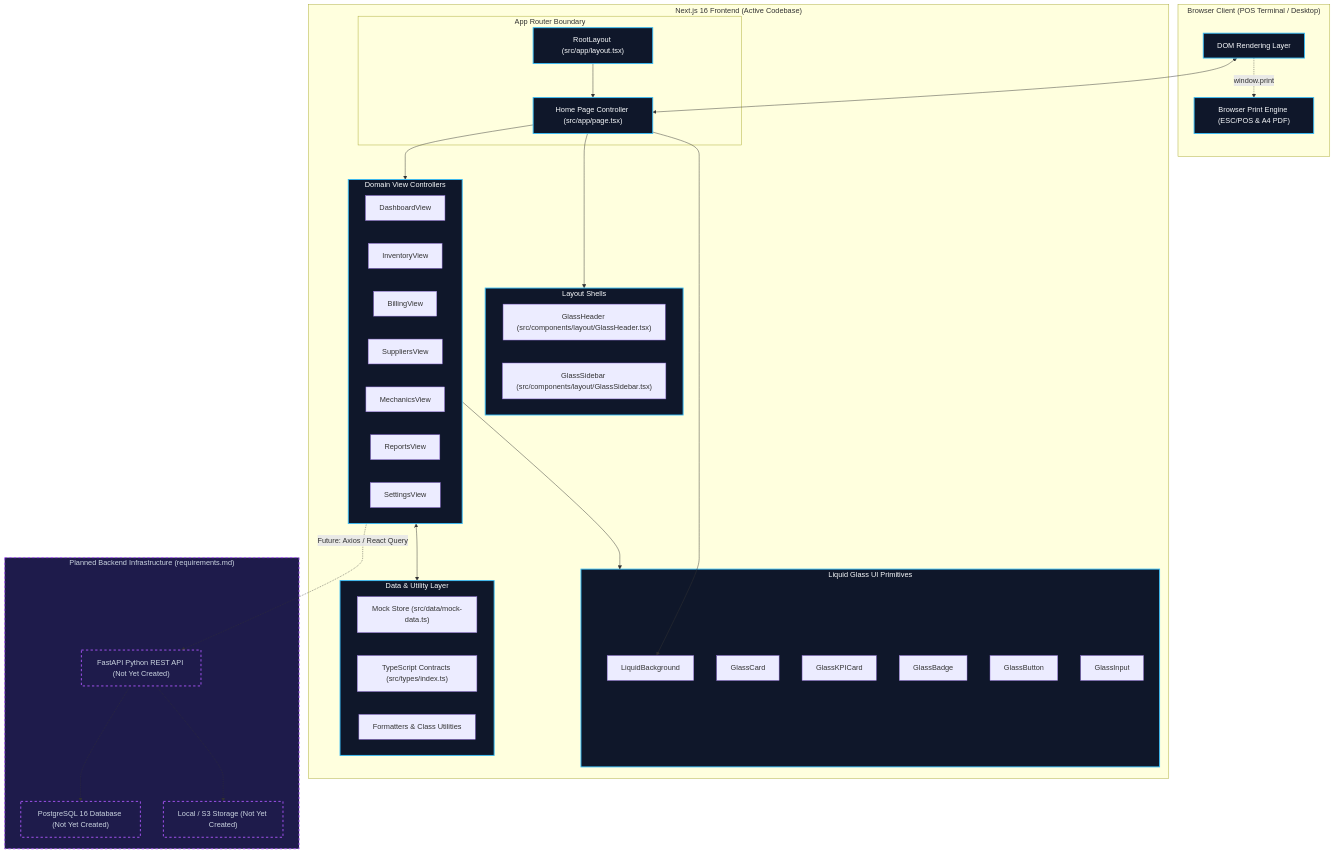
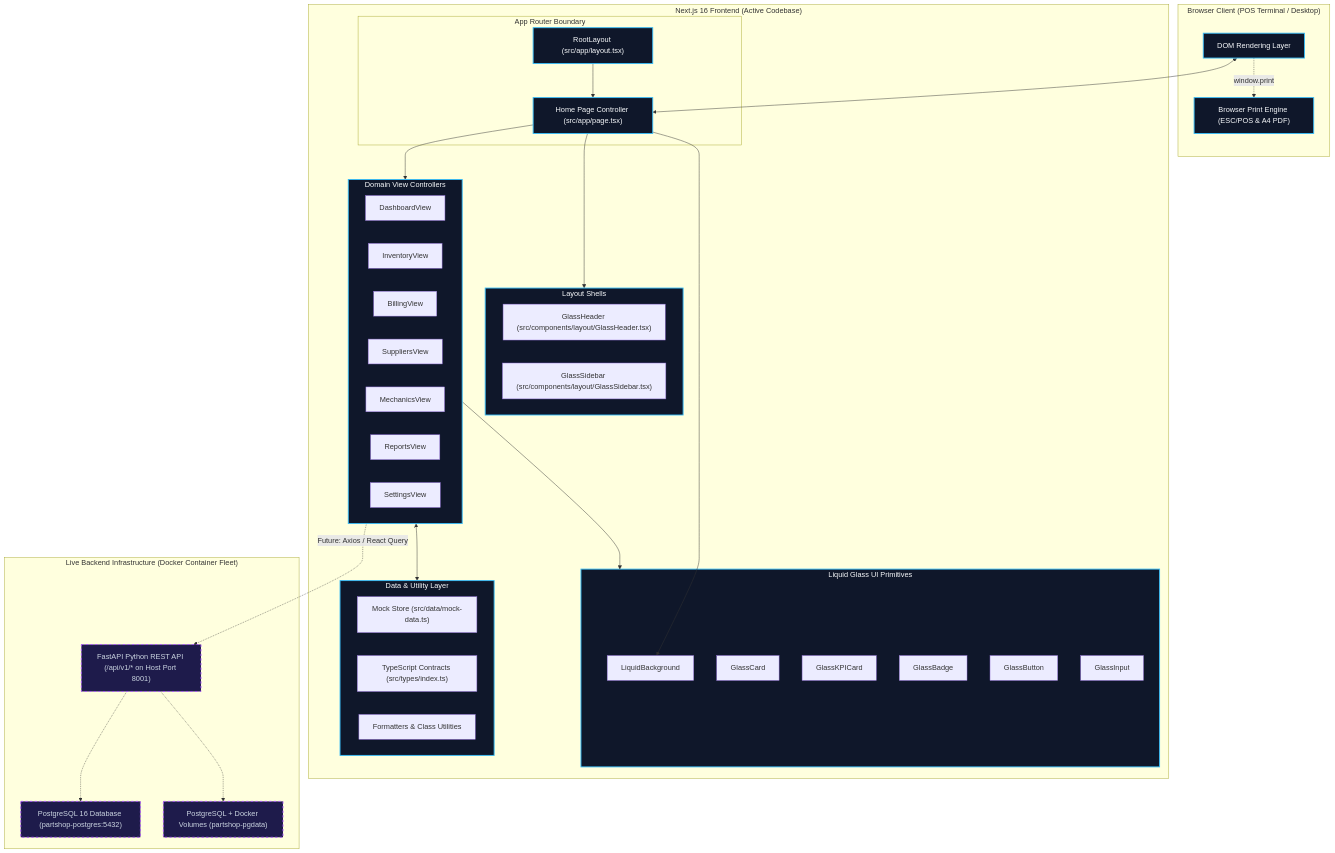
Before and after one commit to biswajit-rout/PartShop: the first of 6 diagrams in docs/ui-architecture.md, drawn with Mermaid. The commit also changed other lines of this file and 50 other files, not shown here.

````diff
--- a/docs/ui-architecture.md
+++ b/docs/ui-architecture.md
@@ -52,69 +52,69 @@
 ```mermaid
 flowchart TD
     subgraph BrowserClient["Browser Client (POS Terminal / Desktop)"]
         DOM["DOM Rendering Layer"]
         PrintEngine["Browser Print Engine (ESC/POS & A4 PDF)"]
     end
 
     subgraph FrontendApp["Next.js 16 Frontend (Active Codebase)"]
         subgraph AppRouter["App Router Boundary"]
             RootLayout["RootLayout (src/app/layout.tsx)"]
             RootPage["Home Page Controller (src/app/page.tsx)"]
         end
 
         subgraph ShellLayout["Layout Shells"]
             GlassHeader["GlassHeader (src/components/layout/GlassHeader.tsx)"]
             GlassSidebar["GlassSidebar (src/components/layout/GlassSidebar.tsx)"]
         end
 
         subgraph ViewControllers["Domain View Controllers"]
             DV["DashboardView"]
             IV["InventoryView"]
             BV["BillingView"]
             SV["SuppliersView"]
             MV["MechanicsView"]
             RV["ReportsView"]
             STV["SettingsView"]
         end
 
         subgraph GlassPrimitives["Liquid Glass UI Primitives"]
             LB["LiquidBackground"]
             GC["GlassCard"]
             GKPI["GlassKPICard"]
             GB["GlassBadge"]
             GBT["GlassButton"]
             GI["GlassInput"]
         end
 
         subgraph MockDataLayer["Data & Utility Layer"]
             MockData["Mock Store (src/data/mock-data.ts)"]
             Types["TypeScript Contracts (src/types/index.ts)"]
             Utils["Formatters & Class Utilities"]
         end
     end
 
-    subgraph PlannedBackend["Planned Backend Infrastructure (requirements.md)"]
-        FastAPI["FastAPI Python REST API (Not Yet Created)"]
-        PostgreSQL["PostgreSQL 16 Database (Not Yet Created)"]
-        StorageEngine["Local / S3 Storage (Not Yet Created)"]
+    subgraph LiveBackend["Live Backend Infrastructure (Docker Container Fleet)"]
+        FastAPI["FastAPI Python REST API (/api/v1/* on Host Port 8001)"]
+        PostgreSQL["PostgreSQL 16 Database (partshop-postgres:5432)"]
+        StorageEngine["PostgreSQL + Docker Volumes (partshop-pgdata)"]
     end
 
     DOM <--> RootPage
     DOM -.->|window.print| PrintEngine
     RootLayout --> RootPage
     RootPage --> ShellLayout
     RootPage --> ViewControllers
     RootPage --> LB
     ViewControllers --> GlassPrimitives
     ViewControllers <--> MockDataLayer
     
     %% Planned Integration Points
     ViewControllers -.->|Future: Axios / React Query| FastAPI
     FastAPI -.-> PostgreSQL
     FastAPI -.-> StorageEngine
 
     classDef implemented fill:#0f172a,stroke:#38bdf8,stroke-width:2px,color:#f8fafc;
     classDef planned fill:#1e1b4b,stroke:#a855f7,stroke-dasharray: 5 5,stroke-width:2px,color:#cbd5e1;
     class RootLayout,RootPage,ShellLayout,ViewControllers,GlassPrimitives,MockDataLayer,DOM,PrintEngine implemented;
     class PlannedBackend,FastAPI,PostgreSQL,StorageEngine planned;
 ```
````
